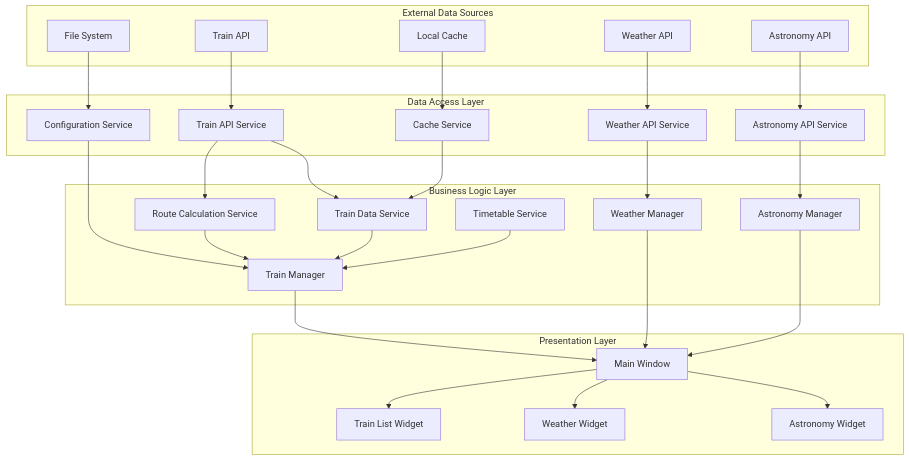
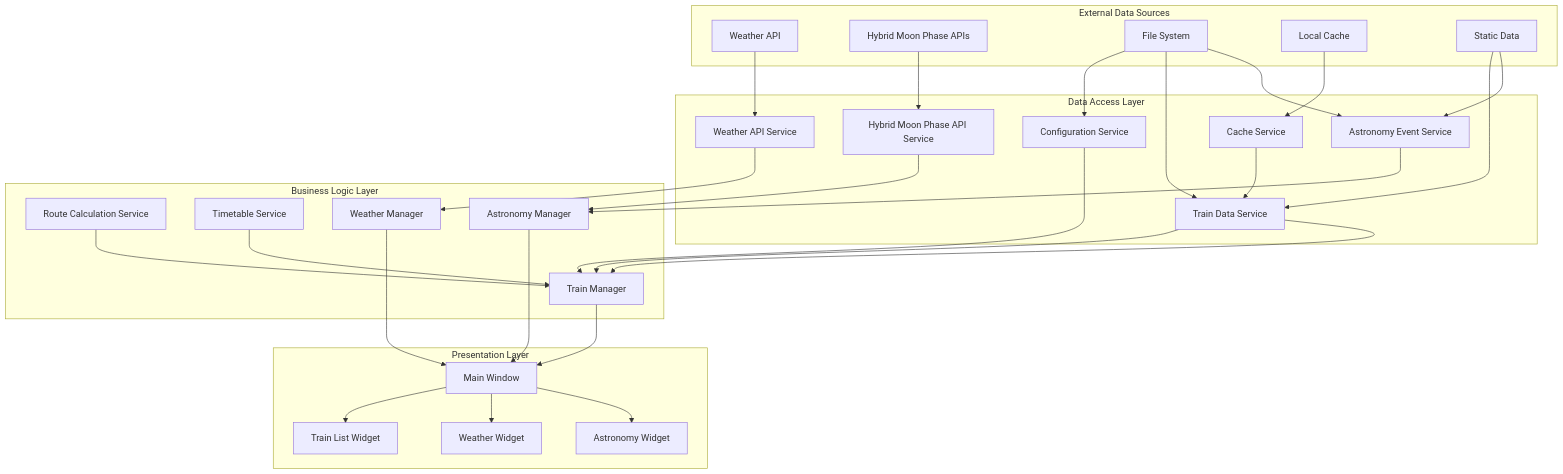
One commit to oernster/trainer changed the first of 13 diagrams in docs/data-flow.md. Above: the diagram before and after it, drawn with Mermaid. The commit also changed other lines of this file and 19 other files, not shown here.

Commit message:
Hybrid API moon phasing solution for accuracy.

````diff
--- a/docs/data-flow.md
+++ b/docs/data-flow.md
@@ -9,59 +9,63 @@
 ```mermaid
 flowchart TD
     subgraph "External Data Sources"
-        API1[Train API]
-        API2[Weather API]
-        API3[Astronomy API]
+        API1[Weather API]
+        API2[Hybrid Moon Phase APIs]
         FS[File System]
         Cache[Local Cache]
+        SD[Static Data]
     end
     
     subgraph "Data Access Layer"
-        TAS[Train API Service]
         WAS[Weather API Service]
-        AAS[Astronomy API Service]
+        HMPAS[Hybrid Moon Phase API Service]
+        TDS[Train Data Service]
+        AES[Astronomy Event Service]
         CS[Configuration Service]
         CacheS[Cache Service]
     end
     
     subgraph "Business Logic Layer"
         RCS[Route Calculation Service]
         TDS[Train Data Service]
         TS[Timetable Service]
         TM[Train Manager]
         WM[Weather Manager]
         AM[Astronomy Manager]
     end
     
     subgraph "Presentation Layer"
         MW[Main Window]
         TLW[Train List Widget]
         WW[Weather Widget]
         AW[Astronomy Widget]
     end
     
-    API1 --> TAS
-    API2 --> WAS
-    API3 --> AAS
+    API1 --> WAS
+    API2 --> HMPAS
     FS --> CS
+    FS --> TDS
+    FS --> AES
     Cache --> CacheS
+    SD --> TDS
+    SD --> AES
     
-    TAS --> RCS
-    TAS --> TDS
     WAS --> WM
-    AAS --> AM
+    HMPAS --> AM
+    AES --> AM
+    TDS --> TM
     CS --> TM
     CacheS --> TDS
     
     RCS --> TM
     TDS --> TM
     TS --> TM
     
     TM --> MW
     WM --> MW
     AM --> MW
     
     MW --> TLW
     MW --> WW
     MW --> AW
 ```
````
